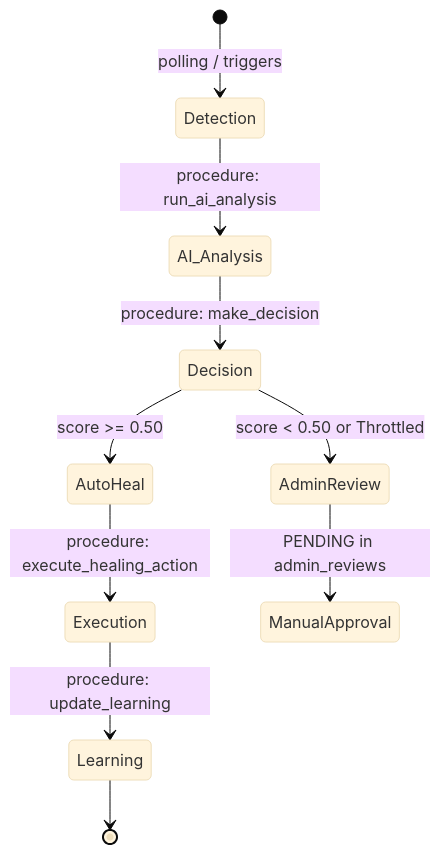
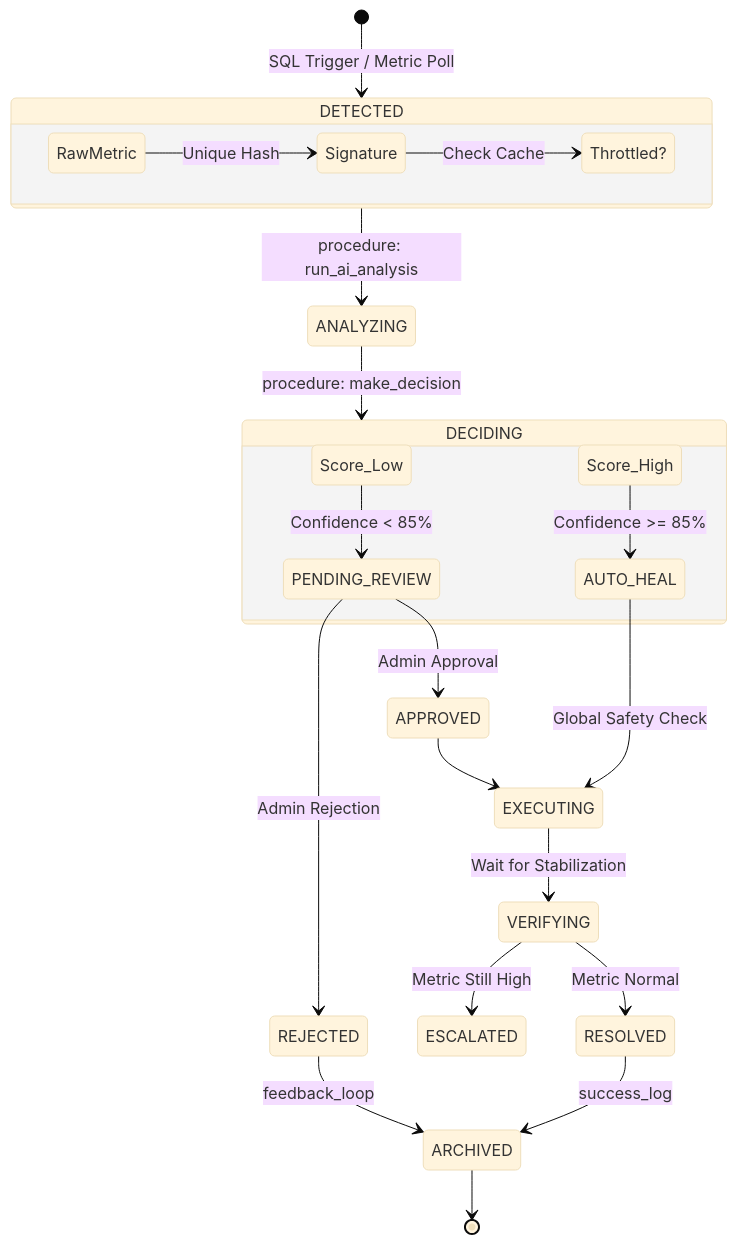
The first of 2 diagrams in docs/Healing_Engine_Design.md (TSR0705/DBMS_PROJECT_SELF-HEALING-DATABASE), drawn with Mermaid (base theme) before and after one commit. The commit also changed other lines of this file and 6 other files, not shown here.

Commit message:
docs: add comprehensive mermaid diagrams for project demo visualizations

````diff
--- a/docs/Healing_Engine_Design.md
+++ b/docs/Healing_Engine_Design.md
@@ -11,16 +15,34 @@
 ```mermaid
 stateDiagram-v2
-    [*] --> Detection : polling / triggers
-    Detection --> AI_Analysis : procedure: run_ai_analysis
-    AI_Analysis --> Decision : procedure: make_decision
+    [*] --> DETECTED: SQL Trigger / Metric Poll
     
-    state Decision <<choice>>
-    Decision --> AutoHeal : score >= 0.50
-    Decision --> AdminReview : score < 0.50 or Throttled
+    state DETECTED {
+        direction LR
+        RawMetric --> Signature: Unique Hash
+        Signature --> Throttled?: Check Cache
+    }
     
-    AutoHeal --> Execution : procedure: execute_healing_action
-    AdminReview --> ManualApproval : PENDING in admin_reviews
+    DETECTED --> ANALYZING: procedure: run_ai_analysis
+    ANALYZING --> DECIDING: procedure: make_decision
     
-    Execution --> Learning : procedure: update_learning
-    Learning --> [*]
+    state DECIDING {
+        direction LR
+        Score_Low --> PENDING_REVIEW: Confidence < 85%
+        Score_High --> AUTO_HEAL: Confidence >= 85%
+    }
+    
+    PENDING_REVIEW --> APPROVED: Admin Approval
+    PENDING_REVIEW --> REJECTED: Admin Rejection
+    
+    AUTO_HEAL --> EXECUTING: Global Safety Check
+    APPROVED --> EXECUTING
+    
+    EXECUTING --> VERIFYING: Wait for Stabilization
+    VERIFYING --> RESOLVED: Metric Normal
+    VERIFYING --> ESCALATED: Metric Still High
+    
+    REJECTED --> ARCHIVED: feedback_loop
+    RESOLVED --> ARCHIVED: success_log
+    
+    ARCHIVED --> [*]
 ```
````
